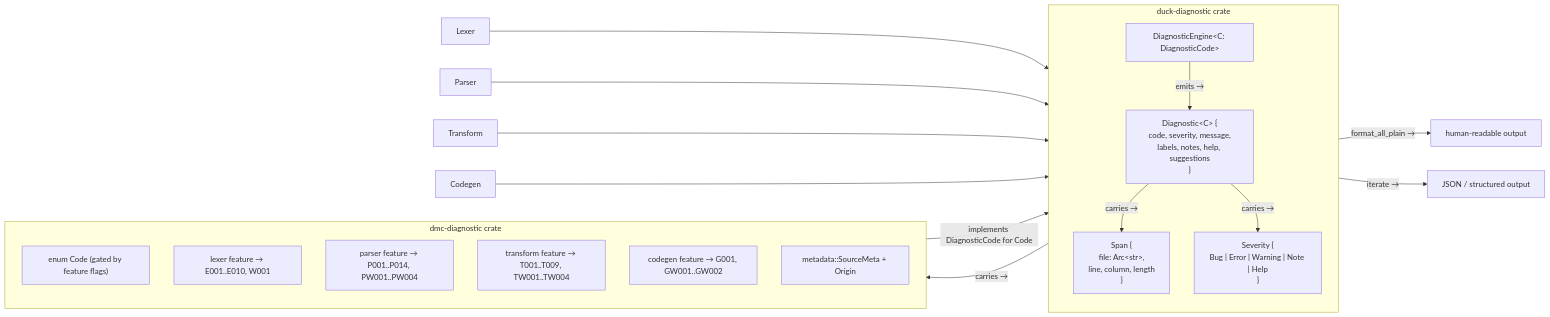
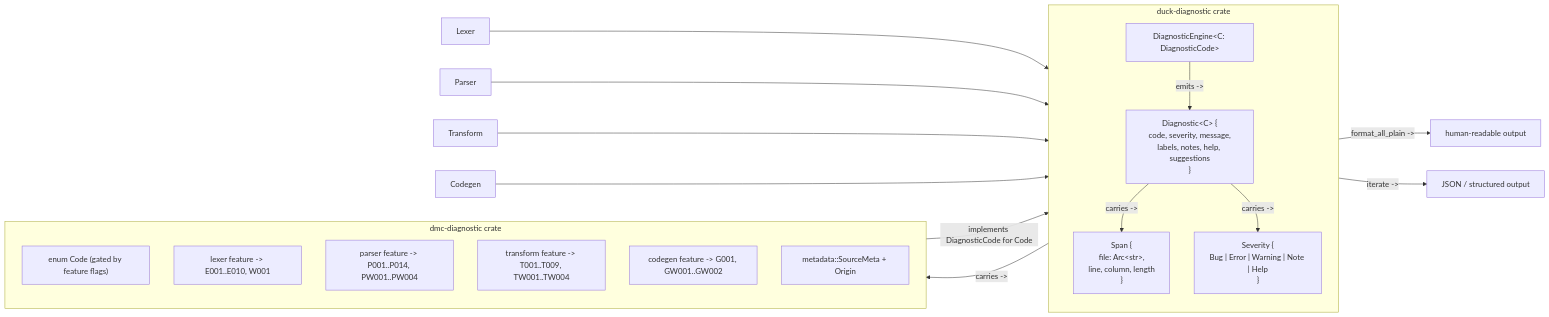
One commit to gentleeduck/duck-mc changed the seventh of 9 diagrams in examples/samples/architecture.mdx. Above: the diagram before and after it, drawn with Mermaid. The commit also changed other lines of this file and 21 other files, not shown here.

````diff
--- a/examples/samples/architecture.mdx
+++ b/examples/samples/architecture.mdx
@@ -325,33 +325,33 @@
 ```mermaid
 flowchart LR
   subgraph DUCK["duck-diagnostic crate"]
     direction TB
     Engine["DiagnosticEngine&lt;C: DiagnosticCode&gt;"]
     Diagnostic["Diagnostic&lt;C&gt; {<br/>code, severity, message,<br/>labels, notes, help, suggestions<br/>}"]
     Span["Span {<br/>file: Arc&lt;str&gt;,<br/>line, column, length<br/>}"]
     Severity["Severity {<br/>Bug | Error | Warning | Note | Help<br/>}"]
   end
 
   subgraph DUCKMD["dmc-diagnostic crate"]
     direction TB
     Code["enum Code (gated by feature flags)"]
-    LexerCodes["lexer feature → E001..E010, W001"]
-    ParserCodes["parser feature → P001..P014, PW001..PW004"]
-    TransformCodes["transform feature → T001..T009, TW001..TW004"]
-    CodegenCodes["codegen feature → G001, GW001..GW002"]
+    LexerCodes["lexer feature -> E001..E010, W001"]
+    ParserCodes["parser feature -> P001..P014, PW001..PW004"]
+    TransformCodes["transform feature -> T001..T009, TW001..TW004"]
+    CodegenCodes["codegen feature -> G001, GW001..GW002"]
     SourceMeta2["metadata::SourceMeta + Origin"]
   end
 
   DUCKMD -- "implements DiagnosticCode for Code" --> DUCK
-  Engine -- emits → --> Diagnostic
-  Diagnostic -- carries → --> Span
-  Diagnostic -- carries → --> Severity
-  Diagnostic -- carries → --> Code
+  Engine -- emits -> --> Diagnostic
+  Diagnostic -- carries -> --> Span
+  Diagnostic -- carries -> --> Severity
+  Diagnostic -- carries -> --> Code
 
   Lex["Lexer"] --> Engine
   Parse["Parser"] --> Engine
   Trans["Transform"] --> Engine
   Codegen["Codegen"] --> Engine
-  Engine -- format_all_plain → --> Stderr["human-readable output"]
-  Engine -- iterate → --> Json["JSON / structured output"]
+  Engine -- format_all_plain -> --> Stderr["human-readable output"]
+  Engine -- iterate -> --> Json["JSON / structured output"]
 ```
````
